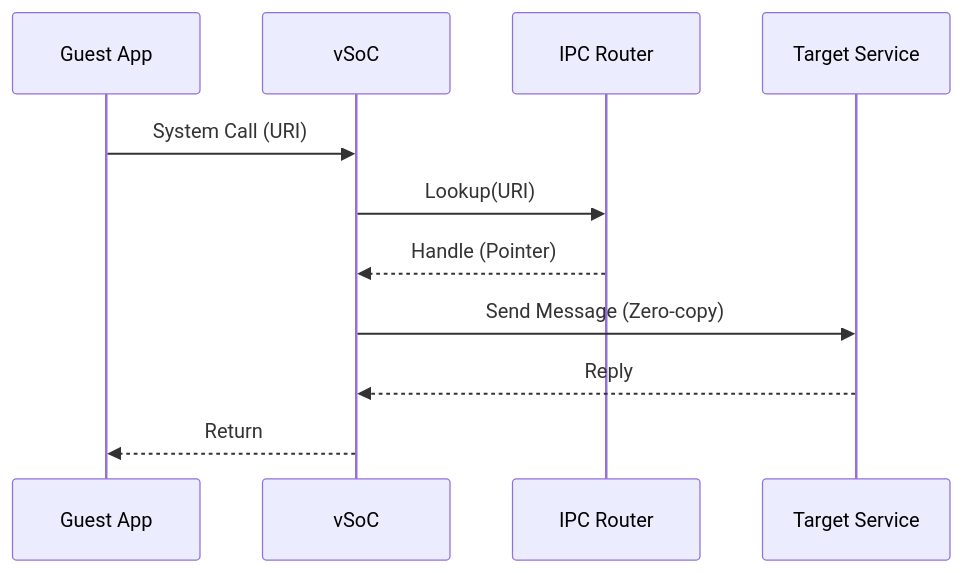
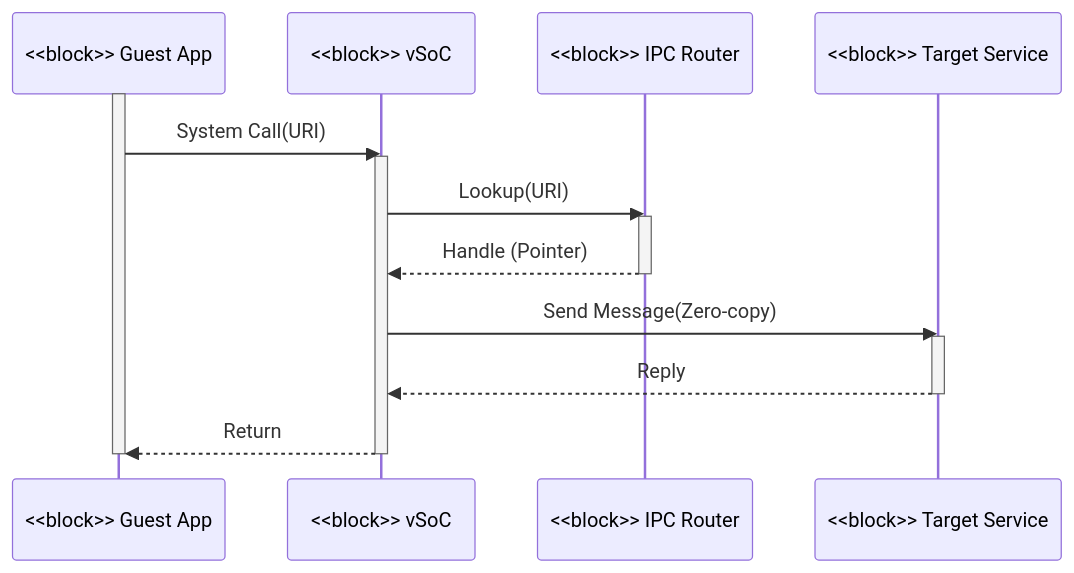
Before and after one commit to kmt-t/fireball: the third of 3 diagrams in docs/architecture/architecture_overview.md, drawn with Mermaid. The commit also changed other lines of this file and 32 other files, not shown here.

````diff
--- a/docs/architecture/architecture_overview.md
+++ b/docs/architecture/architecture_overview.md
@@ -91,14 +107,24 @@
 ```mermaid
 sequenceDiagram
-    participant App as Guest App
-    participant vSoC as vSoC
-    participant IPCR as IPC Router
-    participant Svc as Target Service
+    participant App as <<block>> Guest App
+    participant vSoC as <<block>> vSoC
+    participant IPCR as <<block>> IPC Router
+    participant Svc as <<block>> Target Service
     
-    App->>vSoC: System Call (URI)
+    activate App
+    App->>vSoC: System Call(URI)
+    activate vSoC
     vSoC->>IPCR: Lookup(URI)
+    activate IPCR
     IPCR-->>vSoC: Handle (Pointer)
-    vSoC->>Svc: Send Message (Zero-copy)
+    deactivate IPCR
+    
+    vSoC->>Svc: Send Message(Zero-copy)
+    activate Svc
     Svc-->>vSoC: Reply
+    deactivate Svc
+    
     vSoC-->>App: Return
+    deactivate vSoC
+    deactivate App
 ```
````
